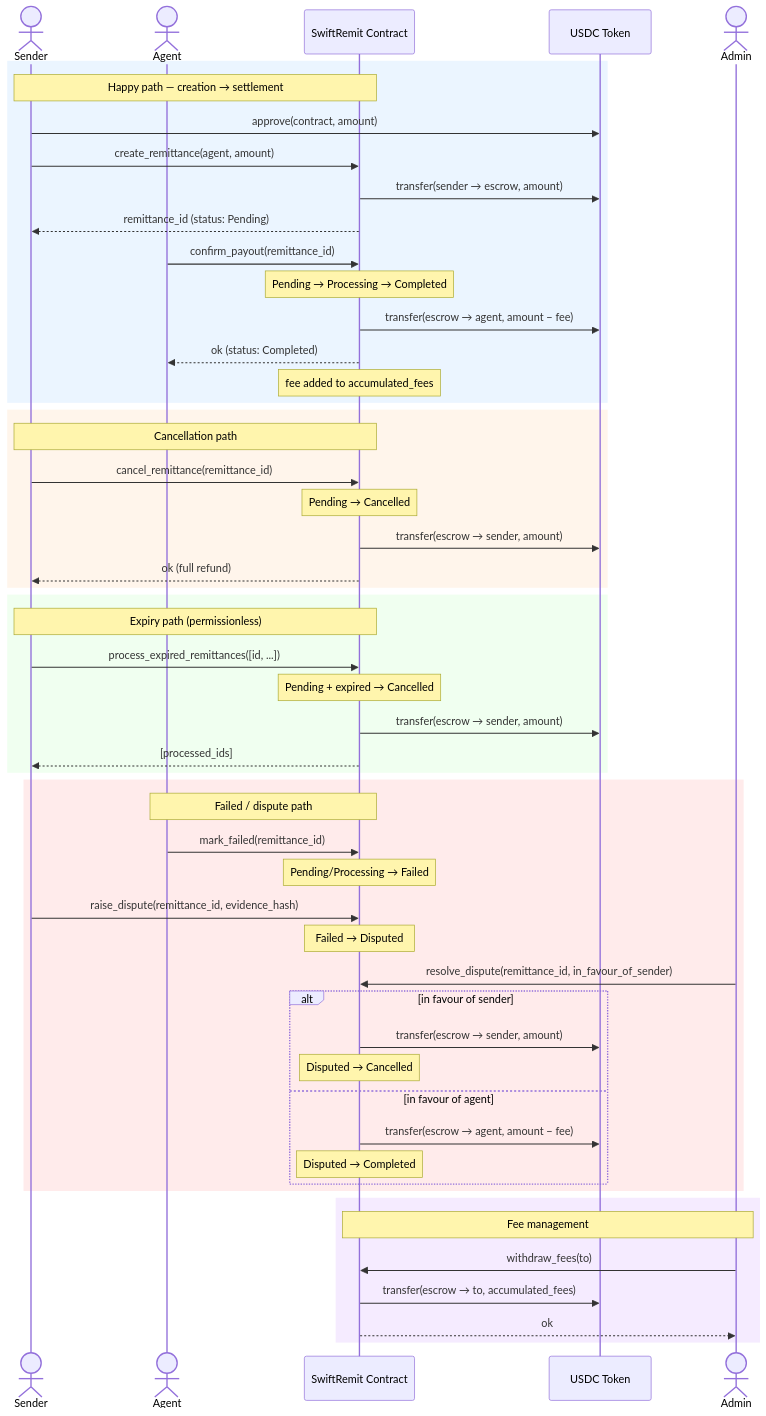
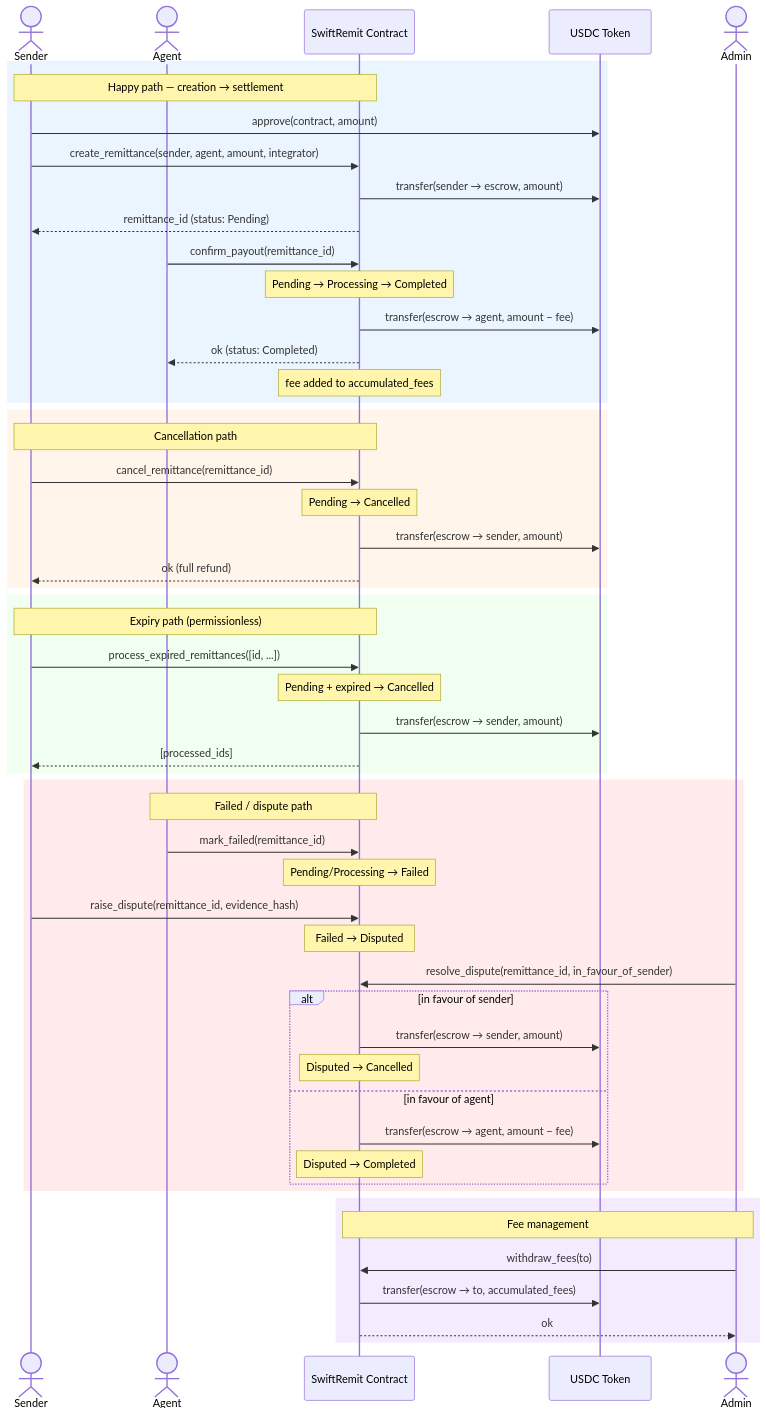
Before and after one commit to King-Boye/RampWatch: the second of 2 diagrams in upstream/SwiftRemit/README.md, drawn with Mermaid. The commit also changed other lines of this file and 6 other files, not shown here.

````diff
--- a/upstream/SwiftRemit/README.md
+++ b/upstream/SwiftRemit/README.md
@@ -618,61 +618,61 @@
 ```mermaid
 sequenceDiagram
     actor Sender
     actor Agent
     participant Contract as SwiftRemit Contract
     participant USDC as USDC Token
     actor Admin
 
     rect rgb(235, 245, 255)
         Note over Sender,Contract: Happy path — creation → settlement
         Sender->>USDC: approve(contract, amount)
-        Sender->>Contract: create_remittance(agent, amount)
+        Sender->>Contract: create_remittance(sender, agent, amount, integrator)
         Contract->>USDC: transfer(sender → escrow, amount)
         Contract-->>Sender: remittance_id (status: Pending)
 
         Agent->>Contract: confirm_payout(remittance_id)
         Note over Contract: Pending → Processing → Completed
         Contract->>USDC: transfer(escrow → agent, amount − fee)
         Contract-->>Agent: ok (status: Completed)
         Note over Contract: fee added to accumulated_fees
     end
 
     rect rgb(255, 245, 235)
         Note over Sender,Contract: Cancellation path
         Sender->>Contract: cancel_remittance(remittance_id)
         Note over Contract: Pending → Cancelled
         Contract->>USDC: transfer(escrow → sender, amount)
         Contract-->>Sender: ok (full refund)
     end
 
     rect rgb(240, 255, 240)
         Note over Sender,Contract: Expiry path (permissionless)
         Sender->>Contract: process_expired_remittances([id, ...])
         Note over Contract: Pending + expired → Cancelled
         Contract->>USDC: transfer(escrow → sender, amount)
         Contract-->>Sender: [processed_ids]
     end
 
     rect rgb(255, 235, 235)
         Note over Agent,Contract: Failed / dispute path
         Agent->>Contract: mark_failed(remittance_id)
         Note over Contract: Pending/Processing → Failed
         Sender->>Contract: raise_dispute(remittance_id, evidence_hash)
         Note over Contract: Failed → Disputed
         Admin->>Contract: resolve_dispute(remittance_id, in_favour_of_sender)
         alt in favour of sender
             Contract->>USDC: transfer(escrow → sender, amount)
             Note over Contract: Disputed → Cancelled
         else in favour of agent
             Contract->>USDC: transfer(escrow → agent, amount − fee)
             Note over Contract: Disputed → Completed
         end
     end
 
     rect rgb(245, 235, 255)
         Note over Admin,Contract: Fee management
         Admin->>Contract: withdraw_fees(to)
         Contract->>USDC: transfer(escrow → to, accumulated_fees)
         Contract-->>Admin: ok
     end
 ```
````
